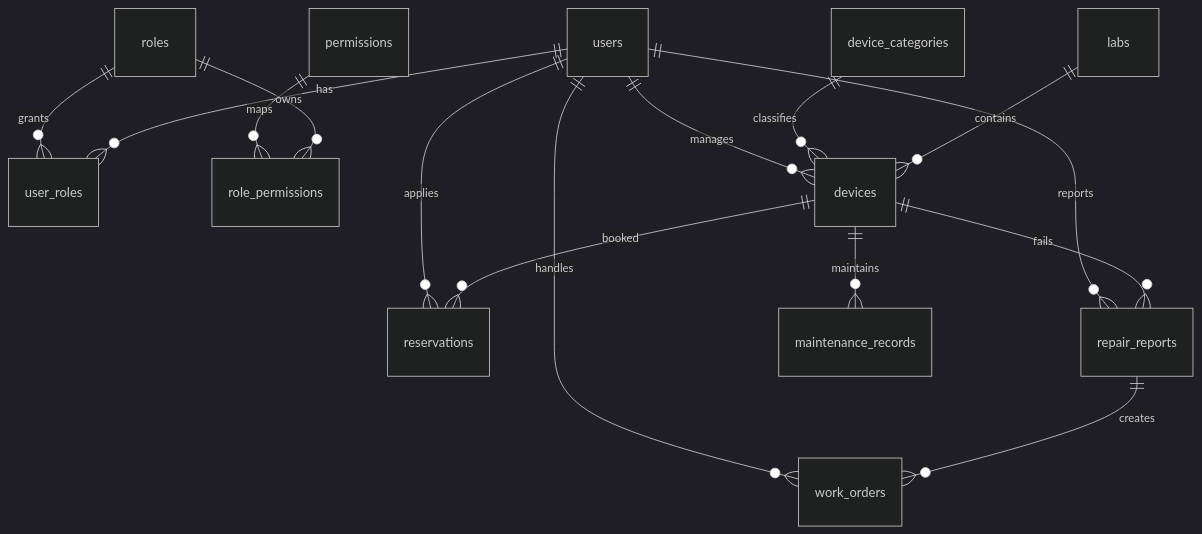
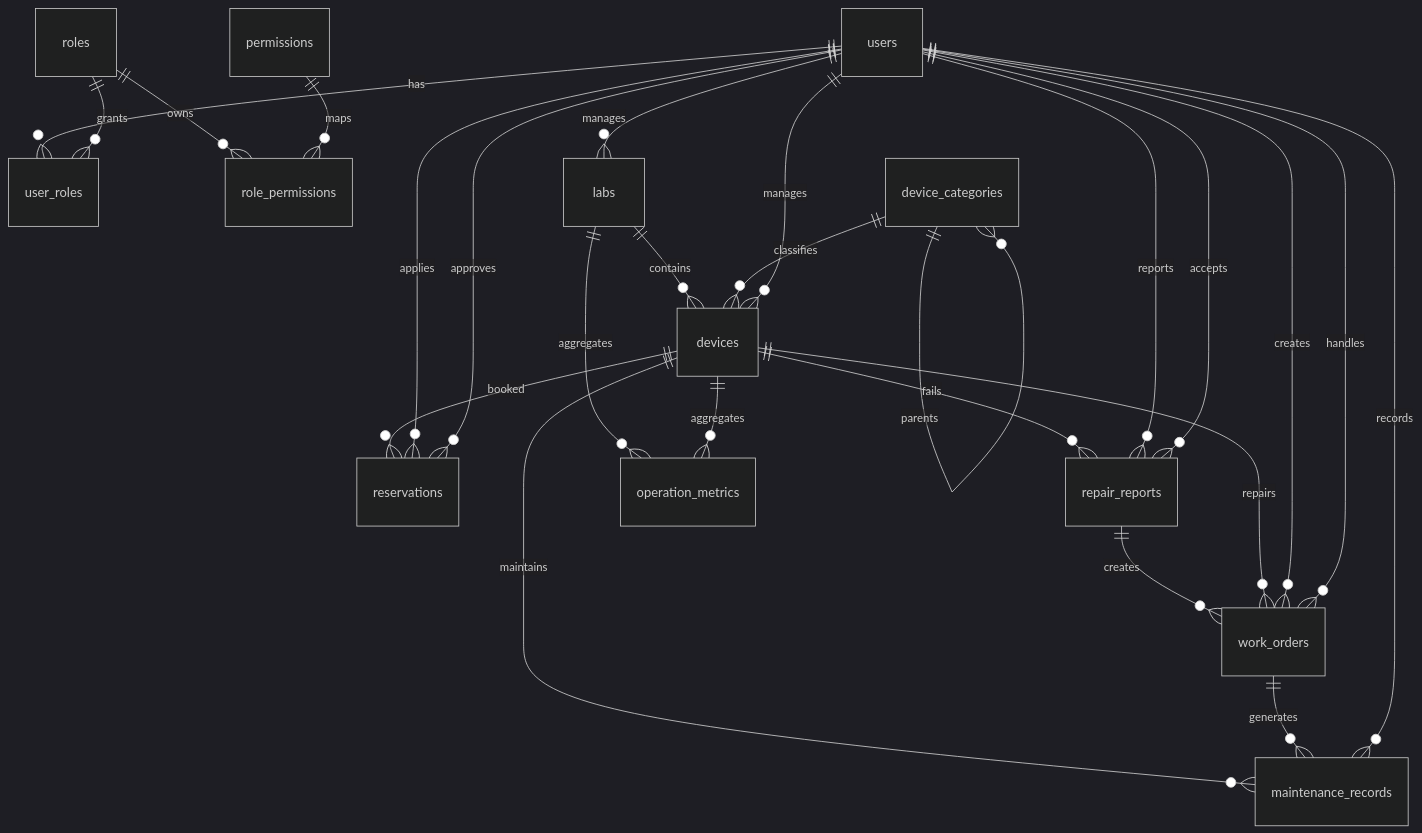
One commit to Aurora-TEL/LabOps changed the diagram in docs/05-database-design.md. Above: the diagram before and after it, drawn with Mermaid (dark theme). The commit also changed other lines of this file and 77 other files, not shown here.

````diff
--- a/docs/05-database-design.md
+++ b/docs/05-database-design.md
@@ -98,17 +574,33 @@
 ```mermaid
 erDiagram
   users ||--o{ user_roles : has
   roles ||--o{ user_roles : grants
   roles ||--o{ role_permissions : owns
   permissions ||--o{ role_permissions : maps
+
+  users ||--o{ labs : manages
   labs ||--o{ devices : contains
   device_categories ||--o{ devices : classifies
+  device_categories ||--o{ device_categories : parents
   users ||--o{ devices : manages
+
   devices ||--o{ reservations : booked
   users ||--o{ reservations : applies
+  users ||--o{ reservations : approves
+
   devices ||--o{ repair_reports : fails
   users ||--o{ repair_reports : reports
+  users ||--o{ repair_reports : accepts
+
   repair_reports ||--o{ work_orders : creates
+  devices ||--o{ work_orders : repairs
+  users ||--o{ work_orders : creates
   users ||--o{ work_orders : handles
+
   devices ||--o{ maintenance_records : maintains
+  work_orders ||--o{ maintenance_records : generates
+  users ||--o{ maintenance_records : records
+
+  labs ||--o{ operation_metrics : aggregates
+  devices ||--o{ operation_metrics : aggregates
 ```
````
